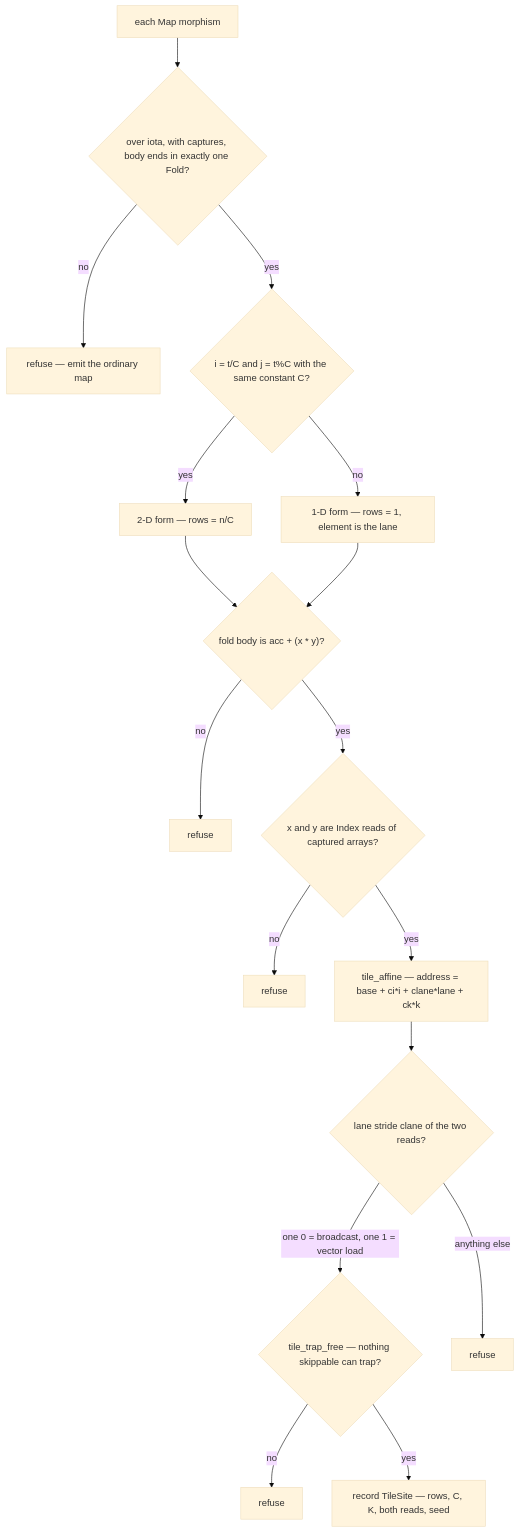
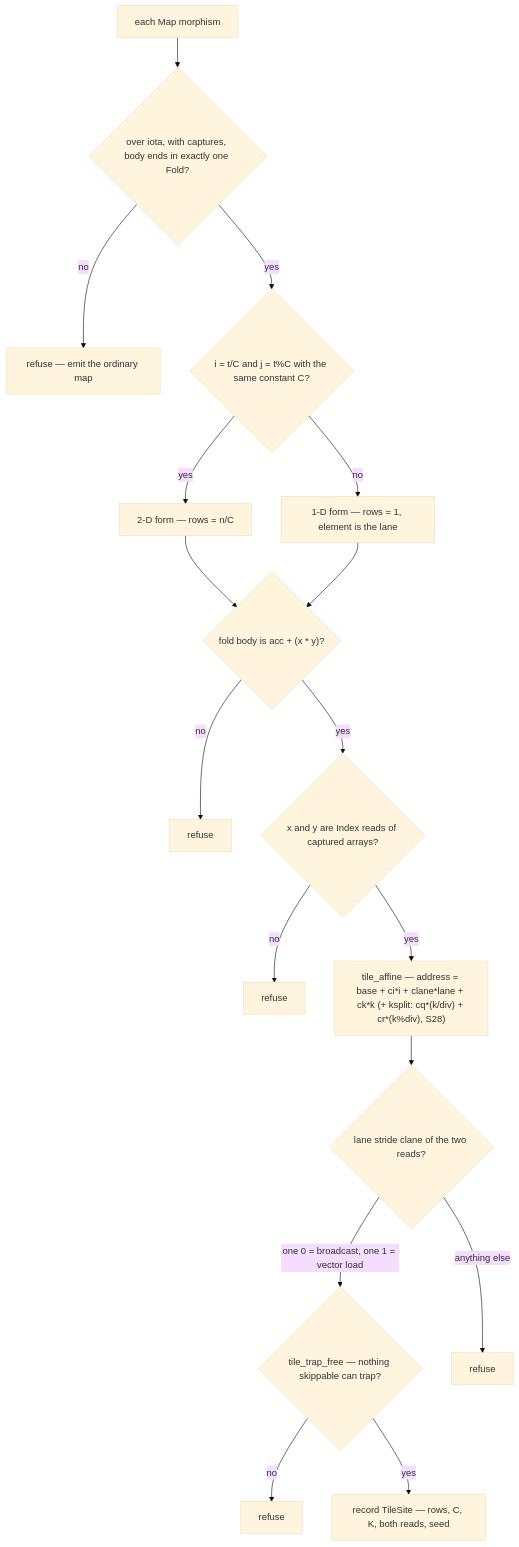
The third of 7 diagrams in docs/architecture/deduced-queries.md (LessComplexity/flow), drawn with Mermaid (base theme) before and after one commit. The commit also changed other lines of this file and 14 other files, not shown here.

````diff
--- a/docs/architecture/deduced-queries.md
+++ b/docs/architecture/deduced-queries.md
@@ -207,19 +219,19 @@
 ```mermaid
 graph TD
     A["each Map morphism"] --> B{"over iota, with captures, body ends in exactly one Fold?"}
     B -- "no" --> R1["refuse — emit the ordinary map"]
     B -- "yes" --> C{"i = t/C and j = t%C with the same constant C?"}
     C -- "yes" --> D["2-D form — rows = n/C"]
     C -- "no" --> D2["1-D form — rows = 1, element is the lane"]
     D --> E{"fold body is acc + (x * y)?"}
     D2 --> E
     E -- "no" --> R2["refuse"]
     E -- "yes" --> F{"x and y are Index reads of captured arrays?"}
     F -- "no" --> R3["refuse"]
-    F -- "yes" --> G["tile_affine — address = base + ci*i + clane*lane + ck*k"]
+    F -- "yes" --> G["tile_affine — address = base + ci*i + clane*lane + ck*k (+ ksplit: cq*(k/div) + cr*(k%div), S28)"]
     G --> H{"lane stride clane of the two reads?"}
     H -- "one 0 = broadcast, one 1 = vector load" --> I{"tile_trap_free — nothing skippable can trap?"}
     H -- "anything else" --> R4["refuse"]
     I -- "no" --> R5["refuse"]
     I -- "yes" --> J["record TileSite — rows, C, K, both reads, seed"]
 ```
````
